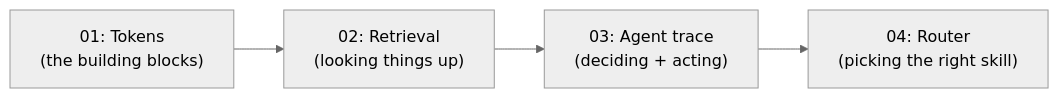
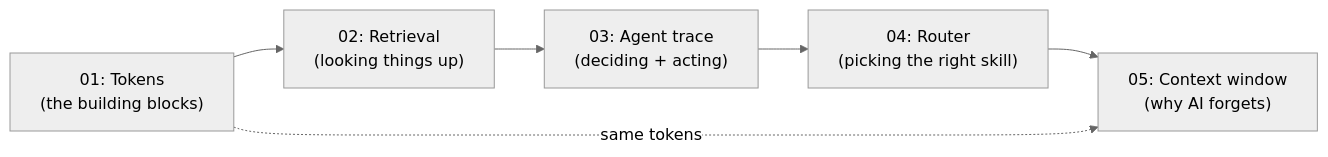
One commit to khadir-syed/k-ai-basics changed the diagram in README.md. Above: the diagram before and after it, drawn with Mermaid (neutral theme). The commit also changed other lines of this file and 4 other files, not shown here.

Commit message:
Add Demo 5: Context Window Explorer

````diff
--- a/README.md
+++ b/README.md
@@ -62,6 +65,8 @@
 ```mermaid
 flowchart LR
     A["01: Tokens\n(the building blocks)"] --> B["02: Retrieval\n(looking things up)"]
     B --> C["03: Agent trace\n(deciding + acting)"]
     C --> D["04: Router\n(picking the right skill)"]
+    D --> E["05: Context window\n(why AI forgets)"]
+    A -.->|"same tokens"| E
 ```
````
